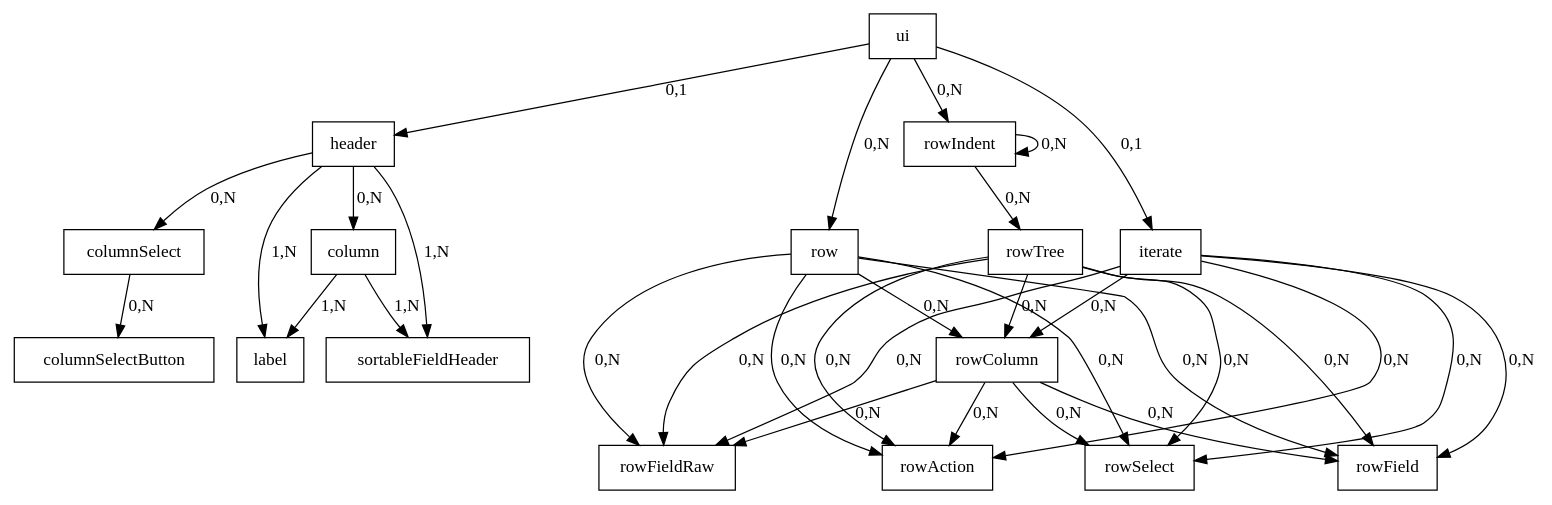
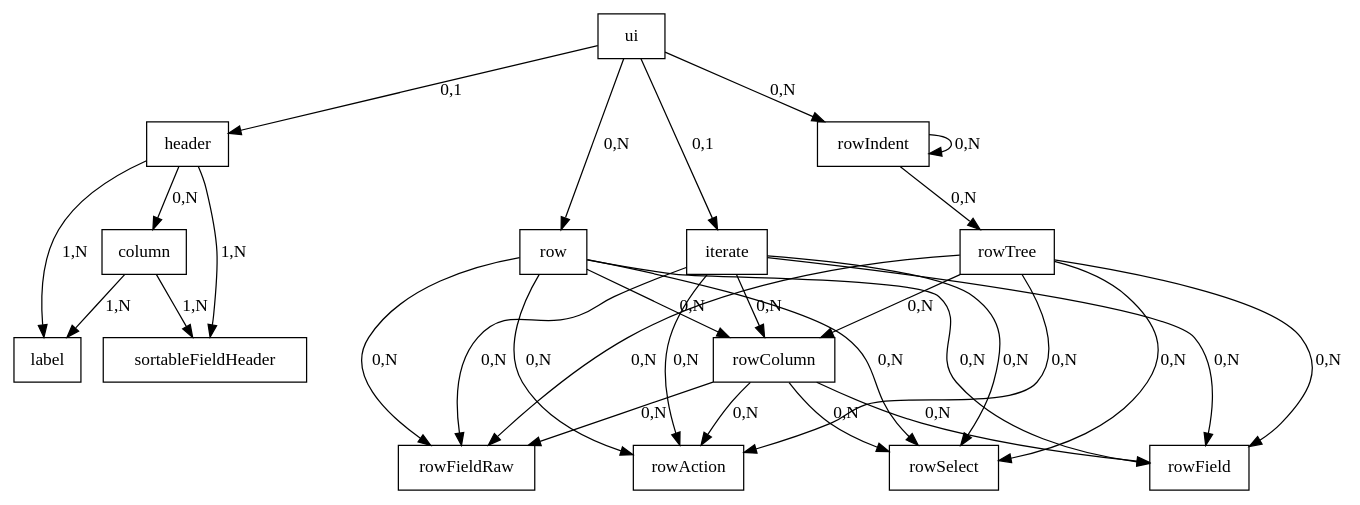
One commit to Taack/taack-website-content changed the diagram in asciidoc/doc/DSLs/filter-table-dsl-fr.adoc. Above: the diagram before and after it, drawn with Graphviz. The commit also changed 2 other files, not shown here.

Commit message:
fix table DSL symbol hierarchy

```diff
--- a/asciidoc/doc/DSLs/filter-table-dsl-fr.adoc
+++ b/asciidoc/doc/DSLs/filter-table-dsl-fr.adoc
@@ -189,16 +189,15 @@
 [graphviz,format="svg",align=center]
 ----
 digraph mygraph {
   node [shape=box];
   ui
   ui -> header, iterate [label = "0,1"]
   ui -> row,rowIndent [label = "0,N"]
-  header -> column, columnSelect [label = "0,N"]
-  columnSelect -> columnSelectButton [label = "0,N"]
+  header -> column [label = "0,N"]
   column, header -> label, sortableFieldHeader [label = "1,N"]
   row, iterate, rowTree -> rowColumn [label = "0,N"]
   rowColumn, row, rowTree, iterate -> rowAction, rowField, rowFieldRaw, rowSelect [label = "0,N"]
   rowIndent -> rowTree [label = "0,N"]
   rowIndent -> rowIndent [label = "0,N"]
 }
 ----
```
